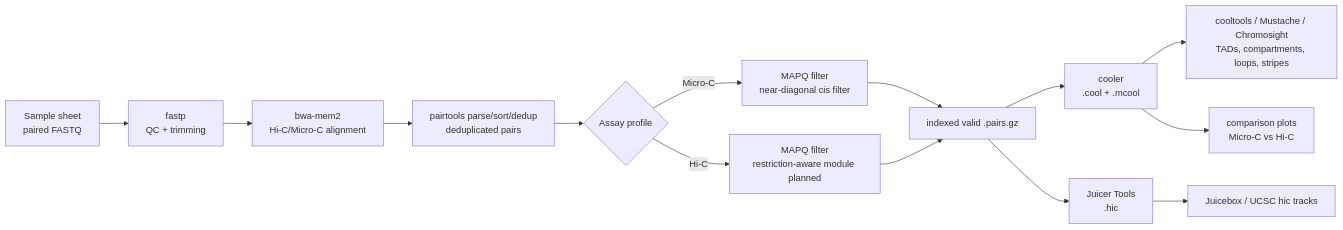
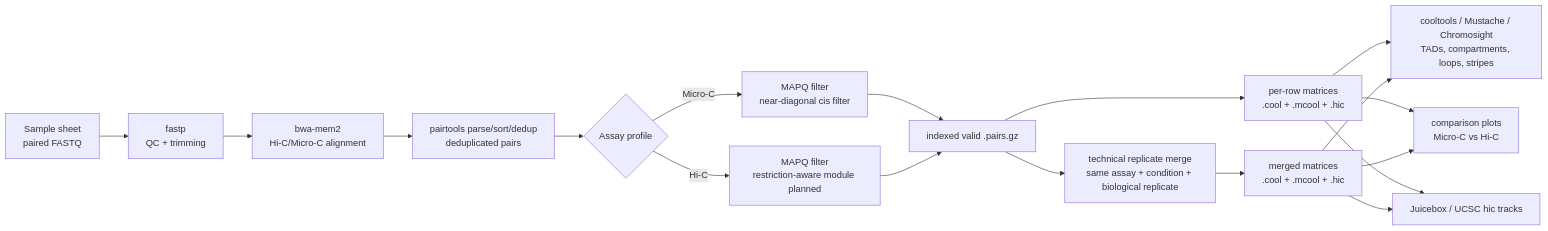
The diagram in README.md (MichalGd/microc2tracks), drawn with Mermaid before and after one commit. The commit also changed other lines of this file and 12 other files, not shown here.

Commit message:
replicate handing, UCSC hic

````diff
--- a/README.md
+++ b/README.md
@@ -9,16 +9,20 @@
 ```mermaid
 flowchart LR
   A["Sample sheet<br/>paired FASTQ"] --> B["fastp<br/>QC + trimming"]
   B --> C["bwa-mem2<br/>Hi-C/Micro-C alignment"]
   C --> D["pairtools parse/sort/dedup<br/>deduplicated pairs"]
   D --> E{"Assay profile"}
   E -->|"Micro-C"| F["MAPQ filter<br/>near-diagonal cis filter"]
   E -->|"Hi-C"| G["MAPQ filter<br/>restriction-aware module planned"]
   F --> H["indexed valid .pairs.gz"]
   G --> H
-  H --> I["cooler<br/>.cool + .mcool"]
-  H --> J["Juicer Tools<br/>.hic"]
+  H --> I["per-row matrices<br/>.cool + .mcool + .hic"]
+  H --> N["technical replicate merge<br/>same assay + condition + biological replicate"]
+  N --> O["merged matrices<br/>.cool + .mcool + .hic"]
   I --> K["cooltools / Mustache / Chromosight<br/>TADs, compartments, loops, stripes"]
+  O --> K
   I --> L["comparison plots<br/>Micro-C vs Hi-C"]
-  J --> M["Juicebox / UCSC hic tracks"]
+  O --> L
+  I --> M["Juicebox / UCSC hic tracks"]
+  O --> M
 ```
````
